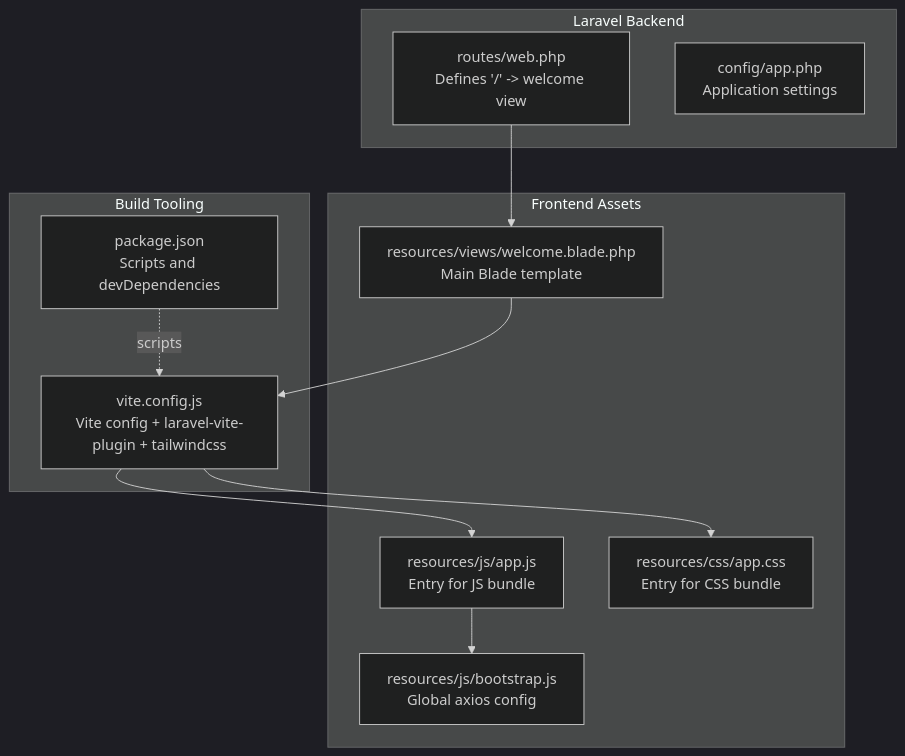
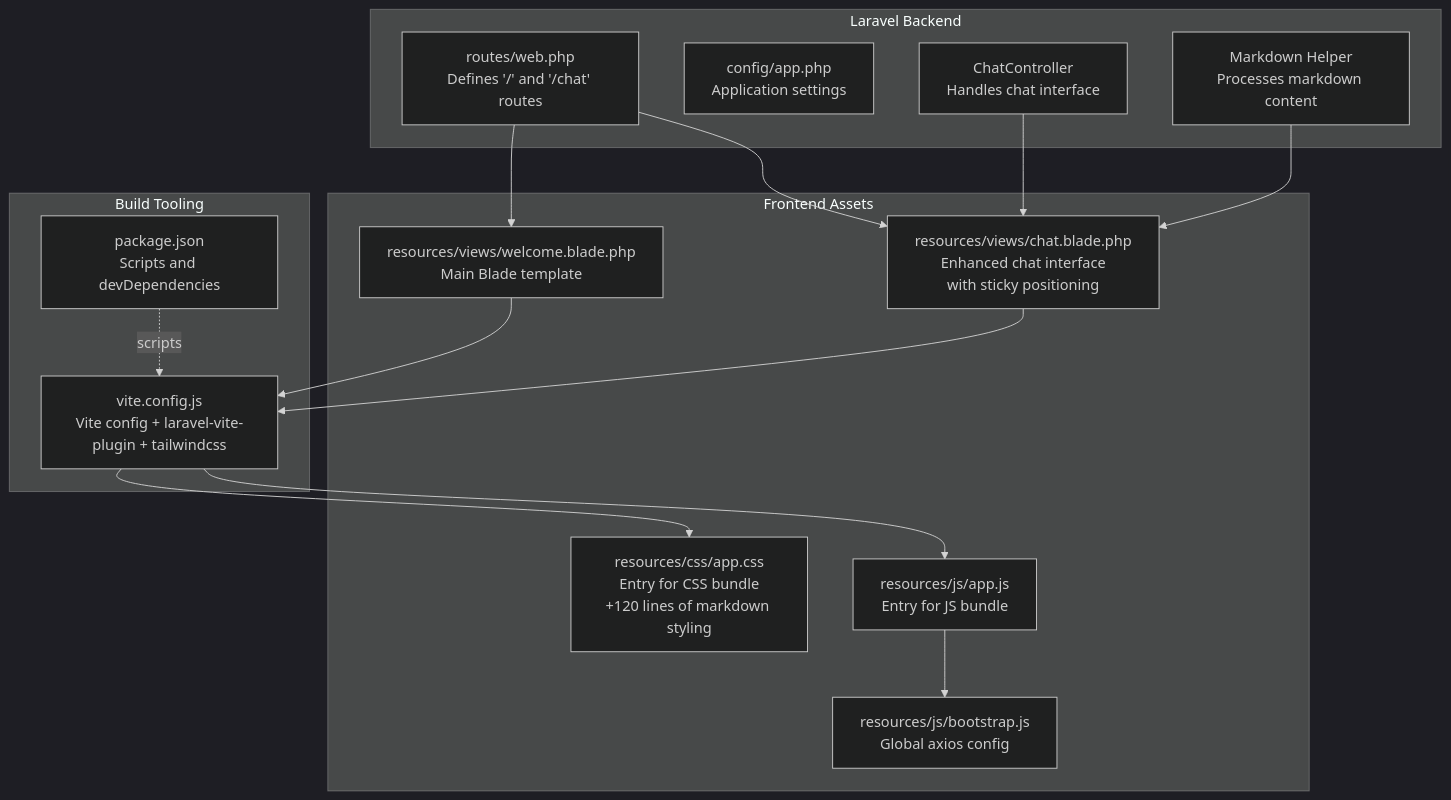
The first of 3 diagrams in .qoder/repowiki/en/content/Frontend Development/Frontend Development.md (siimliimand/laravel-assistant), drawn with Mermaid (dark theme) before and after one commit. The commit also changed other lines of this file and 4 other files, not shown here.

First line of the commit message:
docs(frontend): add markdown styling and enhanced chat interface layout

````diff
--- a/.qoder/repowiki/en/content/Frontend Development/Frontend Development.md
+++ b/.qoder/repowiki/en/content/Frontend Development/Frontend Development.md
@@ -34,23 +44,30 @@
 ```mermaid
 graph TB
 subgraph "Laravel Backend"
-RWeb["routes/web.php<br/>Defines '/' -> welcome view"]
+RWeb["routes/web.php<br/>Defines '/' and '/chat' routes"]
 CfgApp["config/app.php<br/>Application settings"]
+ChatCtrl["ChatController<br/>Handles chat interface"]
+MarkdownHelper["Markdown Helper<br/>Processes markdown content"]
 end
 subgraph "Frontend Assets"
 JSApp["resources/js/app.js<br/>Entry for JS bundle"]
 JSBoot["resources/js/bootstrap.js<br/>Global axios config"]
-CSSApp["resources/css/app.css<br/>Entry for CSS bundle"]
-Blade["resources/views/welcome.blade.php<br/>Main Blade template"]
+CSSApp["resources/css/app.css<br/>Entry for CSS bundle<br/>+120 lines of markdown styling"]
+BladeChat["resources/views/chat.blade.php<br/>Enhanced chat interface<br/>with sticky positioning"]
+BladeWelcome["resources/views/welcome.blade.php<br/>Main Blade template"]
 end
 subgraph "Build Tooling"
 ViteCfg["vite.config.js<br/>Vite config + laravel-vite-plugin + tailwindcss"]
 Pkg["package.json<br/>Scripts and devDependencies"]
 end
-RWeb --> Blade
-Blade --> ViteCfg
+RWeb --> BladeChat
+RWeb --> BladeWelcome
+ChatCtrl --> BladeChat
+MarkdownHelper --> BladeChat
+BladeChat --> ViteCfg
+BladeWelcome --> ViteCfg
 ViteCfg --> JSApp
 ViteCfg --> CSSApp
 JSApp --> JSBoot
 Pkg -. scripts .-> ViteCfg
 ```
````
